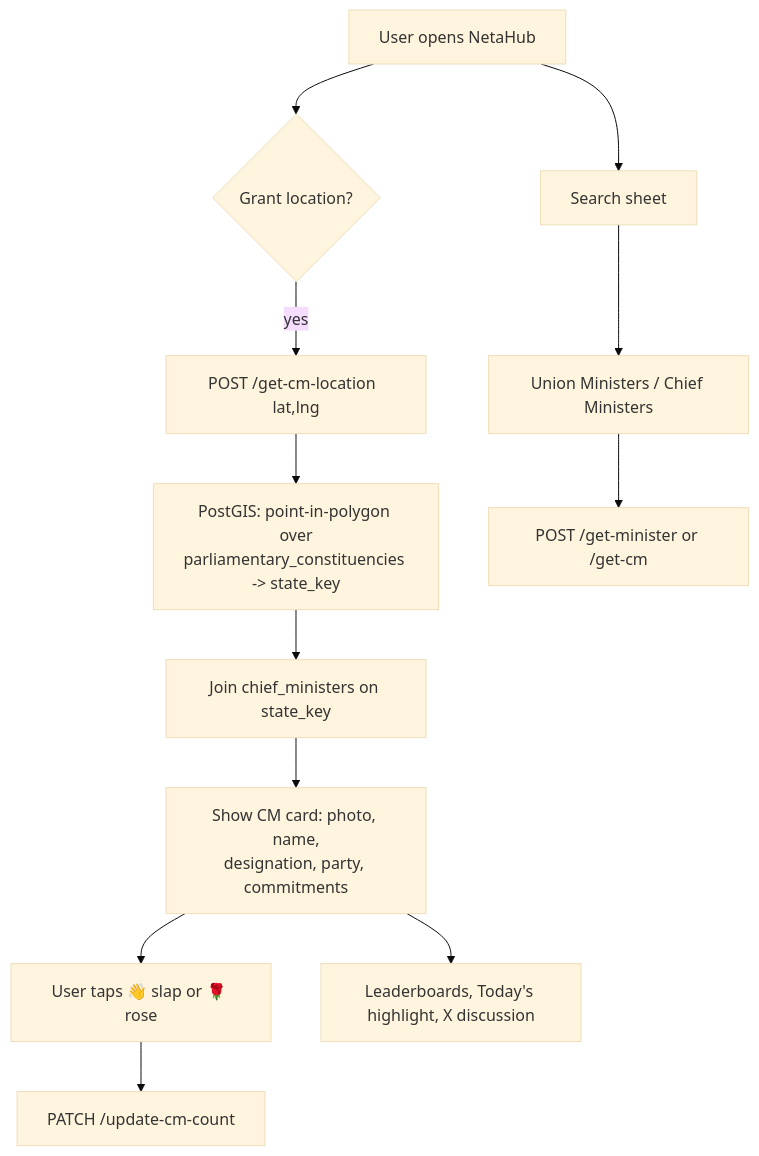
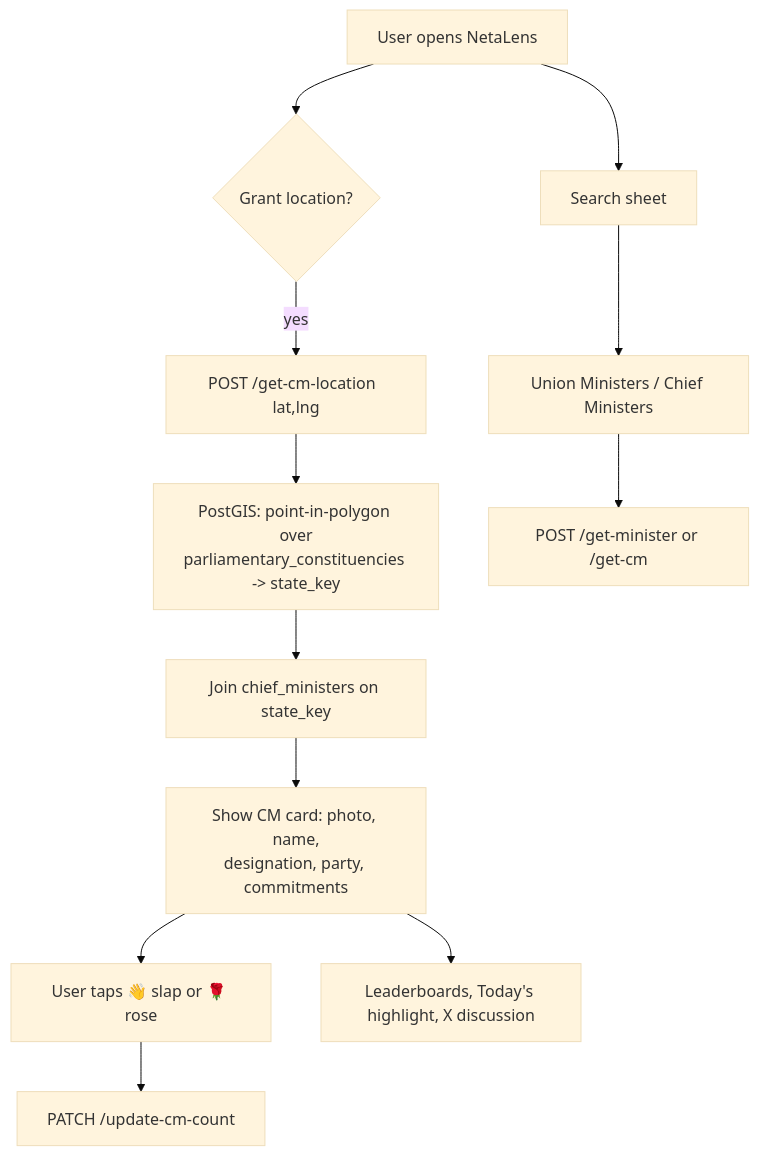
The diagram in README.md (abhiraj070/MyNetaDesk), drawn with Mermaid (base theme) before and after one commit. The commit also changed other lines of this file, not shown here.

First line of the commit message:
Rename NetaHub to NetaLens in README

````diff
--- a/README.md
+++ b/README.md
@@ -41,14 +41,14 @@
 ```mermaid
 flowchart TD
-    A[User opens NetaHub] --> B{Grant location?}
+    A[User opens NetaLens] --> B{Grant location?}
     B -- yes --> C[POST /get-cm-location  lat,lng]
     C --> D[PostGIS: point-in-polygon over<br/>parliamentary_constituencies -> state_key]
     D --> E[Join chief_ministers on state_key]
     E --> F[Show CM card: photo, name,<br/>designation, party, commitments]
     F --> G[User taps 👋 slap or 🌹 rose]
     G --> H[PATCH /update-cm-count]
     A --> I[Search sheet]
     I --> J[Union Ministers / Chief Ministers]
     J --> K[POST /get-minister or /get-cm]
     F --> L[Leaderboards, Today's highlight, X discussion]
 ```
````
